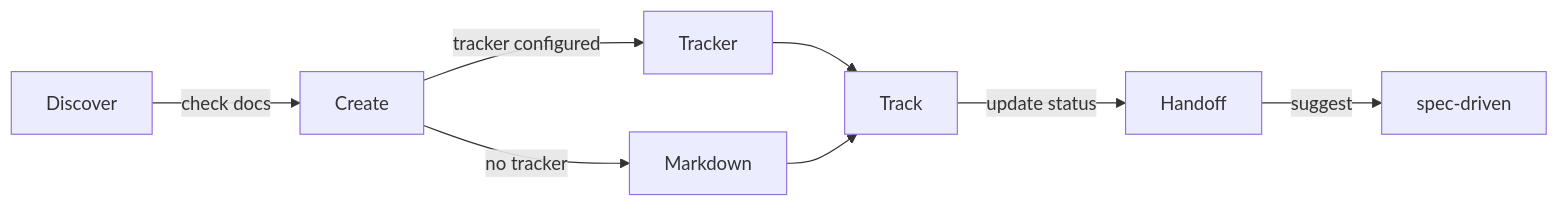
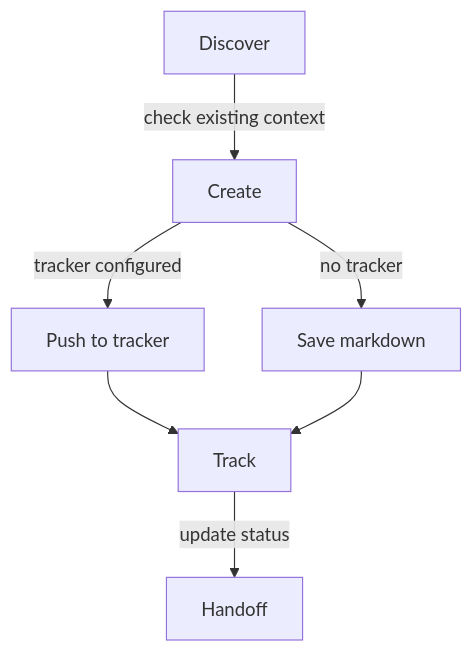
Before and after one commit to adeonir/agent-skills: the diagram in skills/product/epic-tracker/README.md, drawn with Mermaid. The commit also changed other lines of this file and 15 other files, not shown here.

````diff
--- a/skills/product/epic-tracker/README.md
+++ b/skills/product/epic-tracker/README.md
@@ -13,10 +7,9 @@
 ```mermaid
-flowchart LR
-    D[Discover] -->|check docs| C[Create]
-    C -->|tracker configured| TR[Tracker]
-    C -->|no tracker| MD[Markdown]
+flowchart TD
+    D[Discover] -->|check existing context| C[Create]
+    C -->|tracker configured| TR[Push to tracker]
+    C -->|no tracker| MD[Save markdown]
     TR --> T[Track]
     MD --> T
     T -->|update status| H[Handoff]
-    H -->|suggest| SD[spec-driven]
 ```
````
